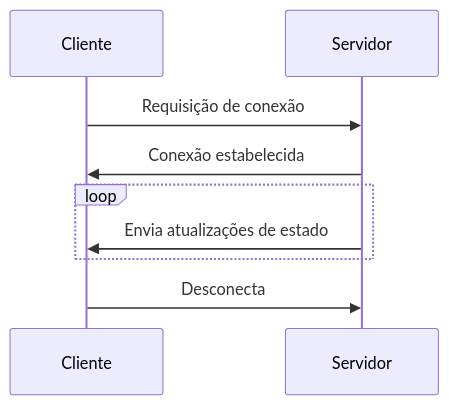
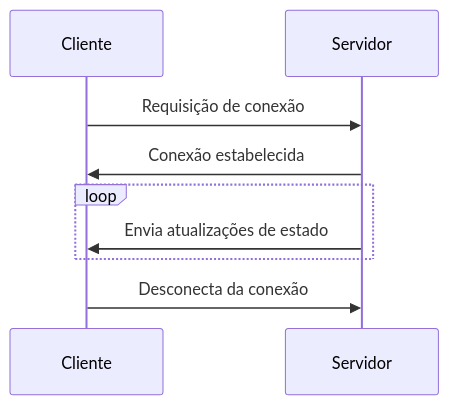
Before and after one commit to asynched/repl-thesis: the second of 3 diagrams in README.md, drawn with Mermaid. The commit also changed other lines of this file, not shown here.

````diff
--- a/README.md
+++ b/README.md
@@ -53,12 +71,12 @@
 ```mermaid
 sequenceDiagram;
   participant Cliente
   participant Servidor
 
   Cliente->>Servidor: Requisição de conexão
   Servidor->>Cliente: Conexão estabelecida
   loop
     Servidor->>Cliente: Envia atualizações de estado
   end
-  Cliente->>Servidor: Desconecta
+  Cliente->>Servidor: Desconecta da conexão
 ```
````
